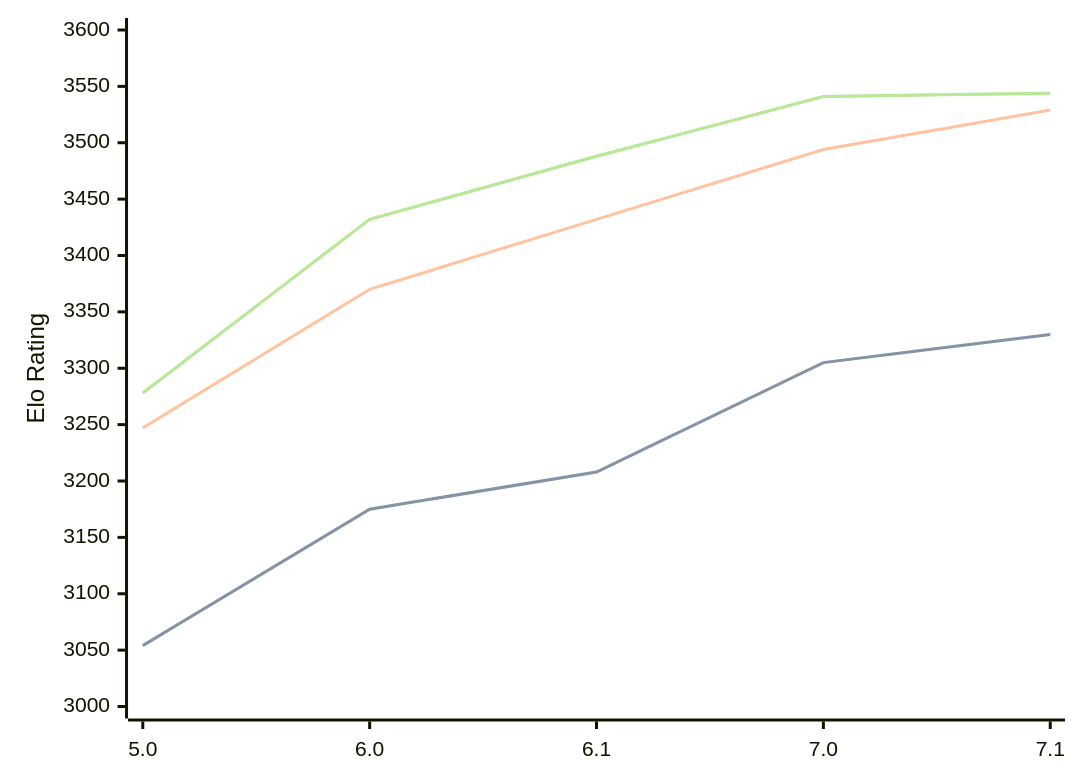
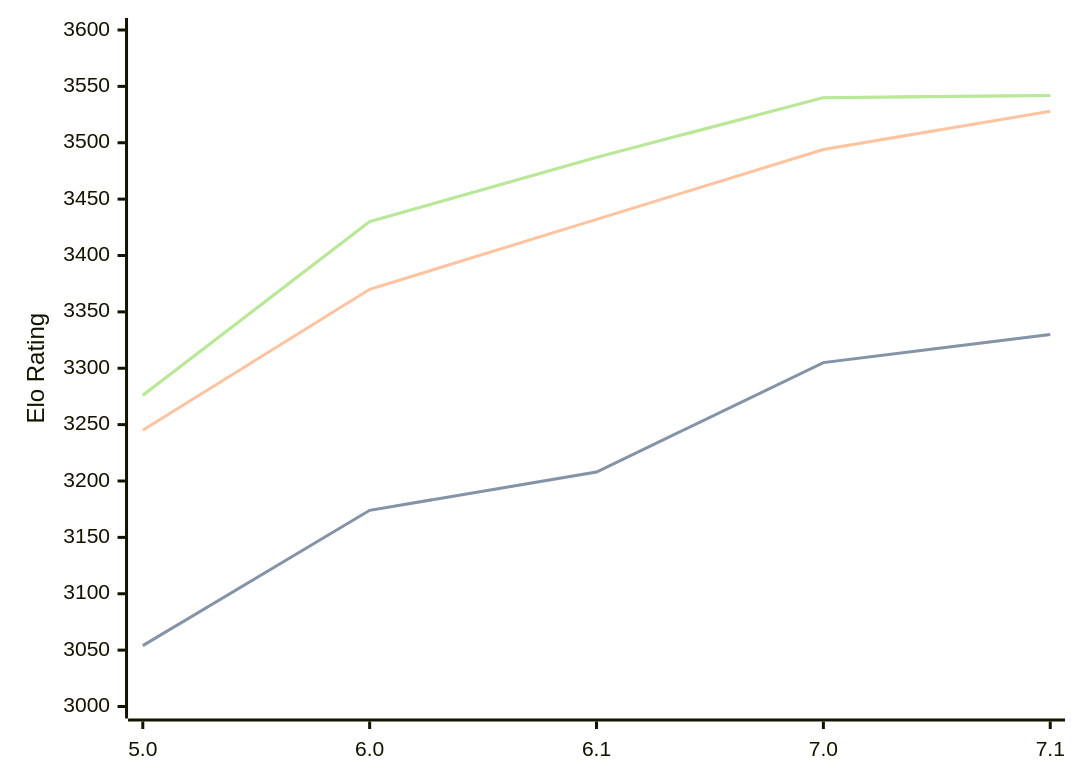
The diagram in engines/PZChessBot.md (computer-chess-index/cci), drawn with Mermaid before and after one commit. The commit also changed other lines of this file, not shown here.

Commit message:
Update CCI Ratings (ELO VLTC) - 2026-10-01

````diff
--- a/engines/PZChessBot.md
+++ b/engines/PZChessBot.md
@@ -35,11 +35,11 @@
 ```mermaid
 %%{init: {"theme":"base","themeVariables":{"seriesColors:['#a3a3a3','#222221','#faa371']}}}%%
 xychart-beta
   x-axis ["5.0", "6.0", "6.1", "7.0", "7.1"]
   y-axis "Elo Rating" 3000 --> 3600
-  line "" [3054, 3175, 3208, 3305, 3330]
-  line "STC (8.0+0.08s)" [3054, 3175, 3208, 3305, 3330]
-  line "LTC (60.0+0.60s)" [3247, 3370, 3432, 3494, 3529]
-  line "" [3278, 3432, 3488, 3541, 3544]
-  line "VLTC (2m24s+1.12s)" [3278, 3432, 3488, 3541, 3544]
+  line "" [3054, 3174, 3208, 3305, 3330]
+  line "STC (8.0+0.08s)" [3054, 3174, 3208, 3305, 3330]
+  line "LTC (60.0+0.60s)" [3245, 3370, 3432, 3494, 3528]
+  line "" [3276, 3430, 3487, 3540, 3542]
+  line "VLTC (2m24s+1.12s)" [3276, 3430, 3487, 3540, 3542]
 ```
````
